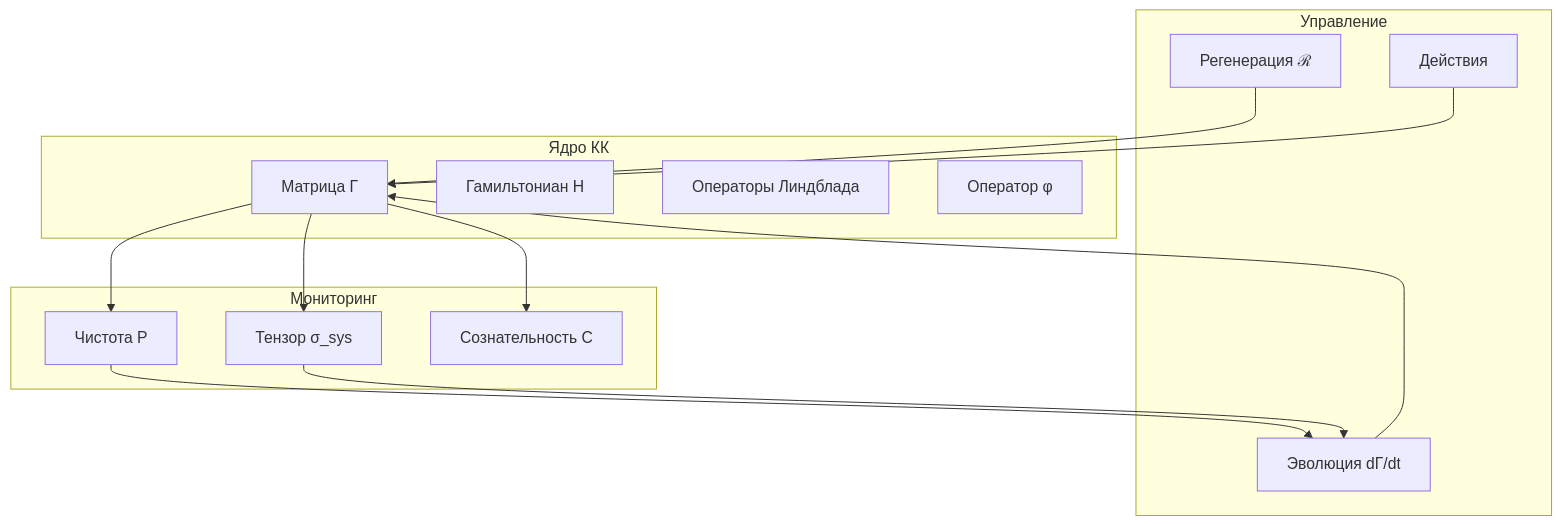
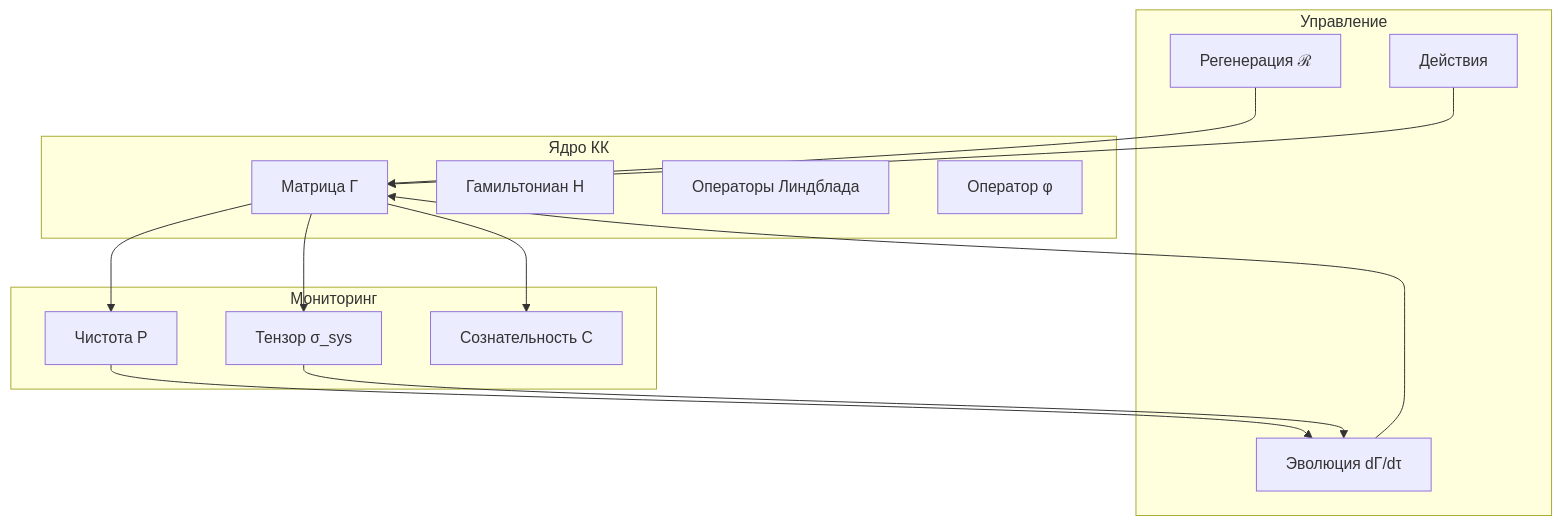
One commit to uhm-theory/holon changed the diagram in website/docs/applied/coherence-cybernetics/implementation.md. Above: the diagram before and after it, drawn with Mermaid. The commit also changed other lines of this file and 49 other files, not shown here.

````diff
--- a/website/docs/applied/coherence-cybernetics/implementation.md
+++ b/website/docs/applied/coherence-cybernetics/implementation.md
@@ -27,27 +27,27 @@
 ```mermaid
 graph TD
     subgraph "Ядро КК"
         G[Матрица Γ]
         H[Гамильтониан H]
         L[Операторы Линдблада]
         PHI[Оператор φ]
     end
     subgraph "Мониторинг"
         P[Чистота P]
         SIG[Тензор σ_sys]
         C[Сознательность C]
     end
     subgraph "Управление"
-        EVOL[Эволюция dΓ/dt]
+        EVOL[Эволюция dΓ/dτ]
         REG[Регенерация ℛ]
         ACT[Действия]
     end
     G --> P
     G --> SIG
     G --> C
     P --> EVOL
     SIG --> EVOL
     EVOL --> G
     REG --> G
     ACT --> G
 ```
````
